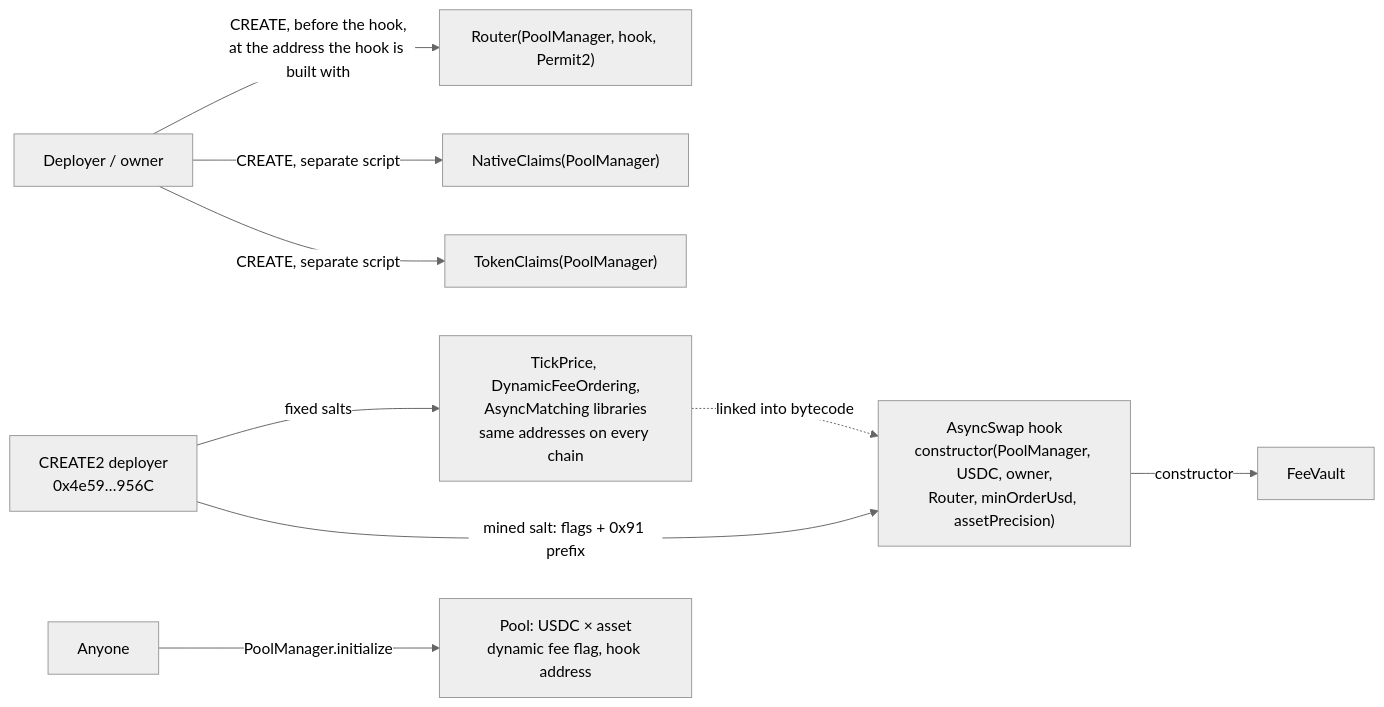
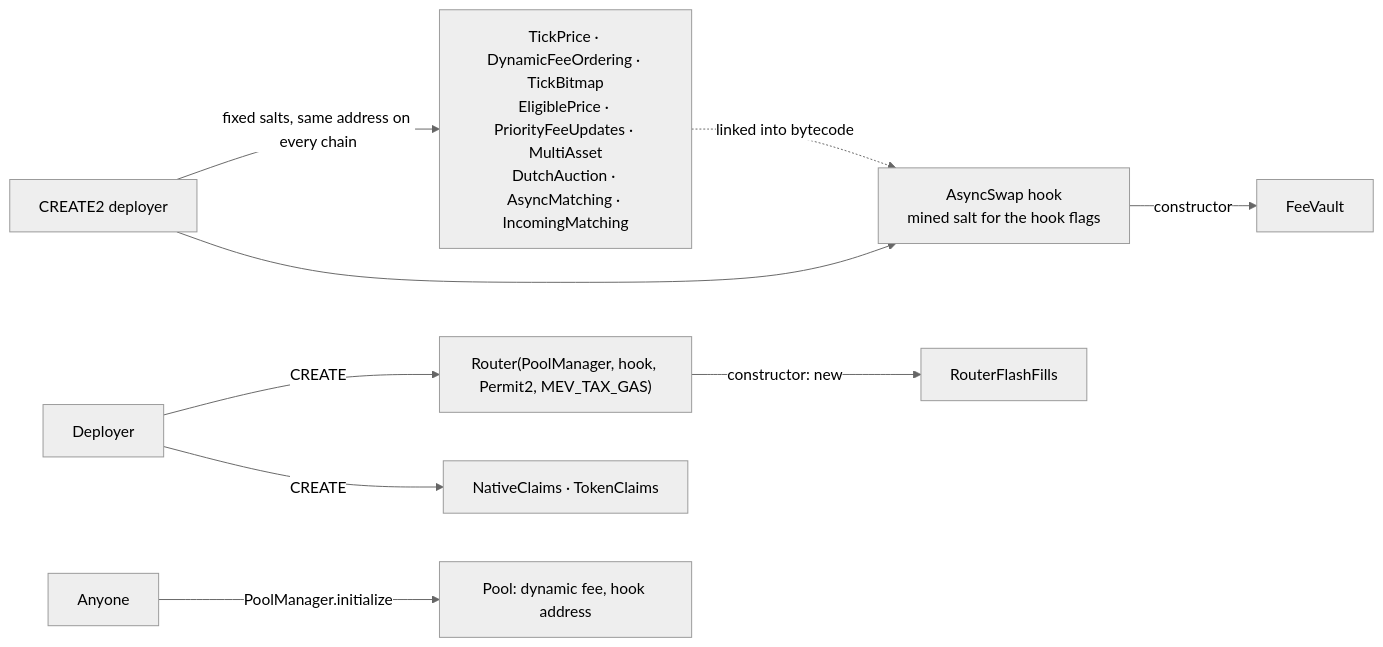
One commit to asyncswap/contracts changed the sixth of 6 diagrams in docs/protocol.md. Above: the diagram before and after it, drawn with Mermaid (neutral theme). The commit also changed other lines of this file and 10 other files, not shown here.

Commit message:
Docs: refactor for v2.2.0 (flash fills, MEV tax, Dutch auctions, module layout) (#106)

````diff
--- a/docs/protocol.md
+++ b/docs/protocol.md
@@ -319,11 +278,11 @@
 ```mermaid
 flowchart LR
-    D["CREATE2 deployer<br/>0x4e59…956C"] -->|fixed salts| Lib["TickPrice, DynamicFeeOrdering,<br/>AsyncMatching libraries<br/>same addresses on every chain"]
-    D -->|mined salt: flags + 0x91 prefix| Hook["AsyncSwap hook<br/>constructor(PoolManager, USDC, owner,<br/>Router, minOrderUsd, assetPrecision)"]
+    D["CREATE2 deployer"] -->|fixed salts, same address on every chain| Libs["TickPrice · DynamicFeeOrdering · TickBitmap<br/>EligiblePrice · PriorityFeeUpdates · MultiAsset<br/>DutchAuction · AsyncMatching · IncomingMatching"]
+    Libs -.->|linked into bytecode| Hook["AsyncSwap hook<br/>mined salt for the hook flags"]
+    D --> Hook
     Hook -->|constructor| Vault["FeeVault"]
-    Owner["Deployer / owner"] -->|CREATE, before the hook,<br/>at the address the hook is built with| Router["Router(PoolManager, hook, Permit2)"]
-    Lib -.->|linked into bytecode| Hook
-    Owner -->|CREATE, separate script| NC["NativeClaims(PoolManager)"]
-    Owner -->|CREATE, separate script| TC["TokenClaims(PoolManager)"]
-    Anyone["Anyone"] -->|PoolManager.initialize| Pool["Pool: USDC × asset<br/>dynamic fee flag, hook address"]
+    Owner["Deployer"] -->|CREATE| Router["Router(PoolManager, hook, Permit2, MEV_TAX_GAS)"]
+    Router -->|constructor: new| RFF["RouterFlashFills"]
+    Owner -->|CREATE| Claims["NativeClaims · TokenClaims"]
+    Anyone["Anyone"] -->|PoolManager.initialize| Pool["Pool: dynamic fee, hook address"]
 ```
````
